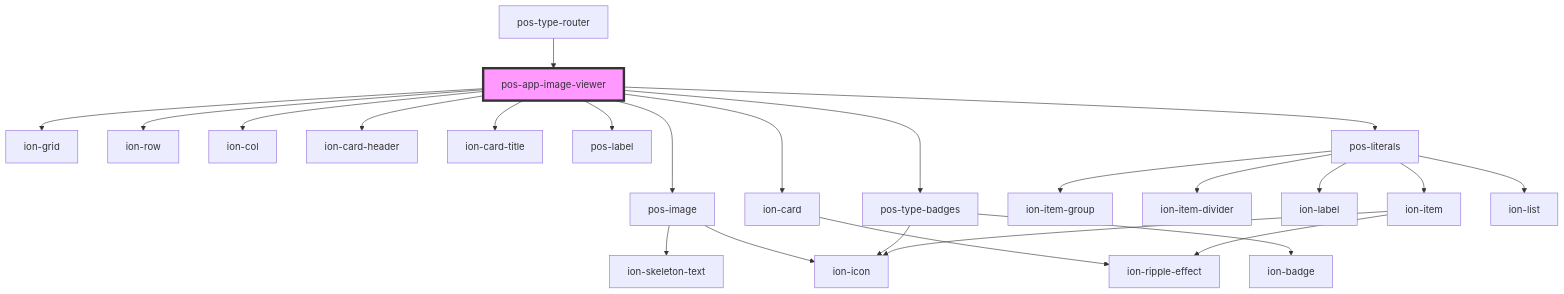
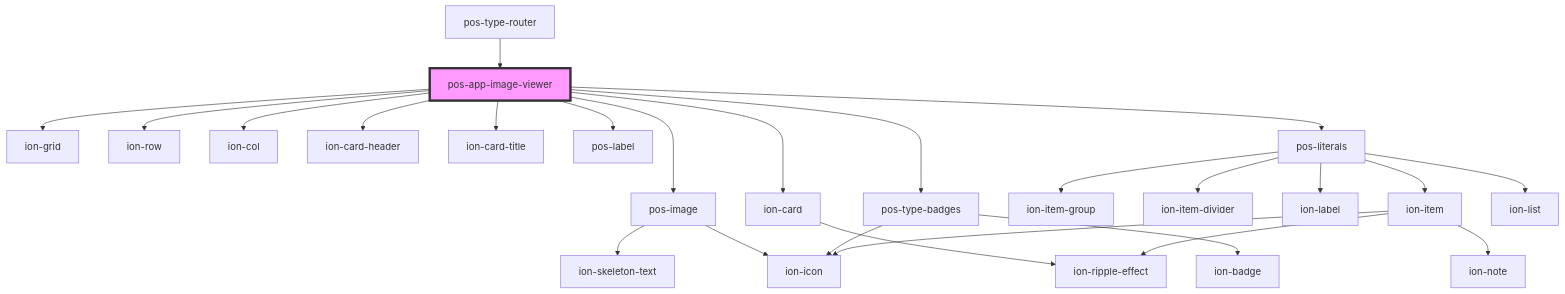
One commit to pod-os/PodOS changed the diagram in docs/elements/apps/pos-app-image-viewer/readme.md. Above: the diagram before and after it, drawn with Mermaid. The commit also changed 12 other files, not shown here.

````diff
--- a/docs/elements/apps/pos-app-image-viewer/readme.md
+++ b/docs/elements/apps/pos-app-image-viewer/readme.md
@@ -35,27 +35,28 @@
 ```mermaid
 graph TD;
   pos-app-image-viewer --> ion-grid
   pos-app-image-viewer --> ion-row
   pos-app-image-viewer --> ion-col
   pos-app-image-viewer --> pos-image
   pos-app-image-viewer --> ion-card
   pos-app-image-viewer --> ion-card-header
   pos-app-image-viewer --> ion-card-title
   pos-app-image-viewer --> pos-label
   pos-app-image-viewer --> pos-type-badges
   pos-app-image-viewer --> pos-literals
   pos-image --> ion-skeleton-text
   pos-image --> ion-icon
   ion-card --> ion-ripple-effect
   pos-type-badges --> ion-badge
   pos-type-badges --> ion-icon
   pos-literals --> ion-item-group
   pos-literals --> ion-item-divider
   pos-literals --> ion-label
   pos-literals --> ion-item
   pos-literals --> ion-list
   ion-item --> ion-icon
   ion-item --> ion-ripple-effect
+  ion-item --> ion-note
   pos-type-router --> pos-app-image-viewer
   style pos-app-image-viewer fill:#f9f,stroke:#333,stroke-width:4px
 ```
````
